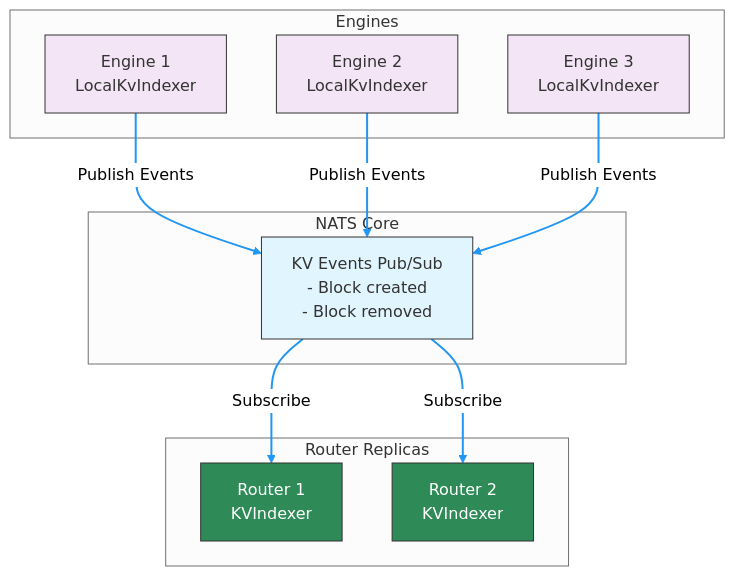
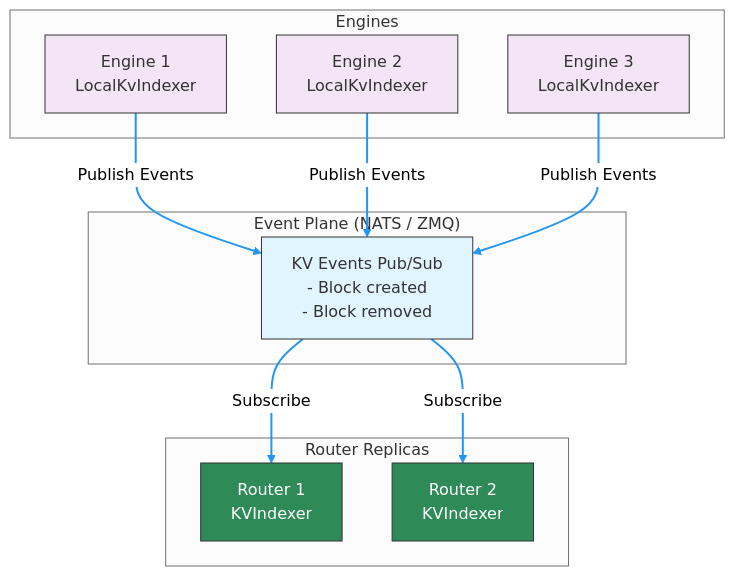
The third of 4 diagrams in docs/pages/design-docs/router-design.md (ai-dynamo/dynamo), drawn with Mermaid (neutral theme) before and after one commit. The commit also changed other lines of this file and 3 other files, not shown here.

Commit message:
docs: exorcise stale NATS references from kv event docs

````diff
--- a/docs/pages/design-docs/router-design.md
+++ b/docs/pages/design-docs/router-design.md
@@ -219,33 +219,33 @@
 ```mermaid
 graph TD
     subgraph Engines
         E1[Engine 1<br/>LocalKvIndexer]
         E2[Engine 2<br/>LocalKvIndexer]
         E3[Engine 3<br/>LocalKvIndexer]
     end
 
-    subgraph "NATS Core"
+    subgraph "Event Plane (NATS / ZMQ)"
         NC[KV Events Pub/Sub<br/>- Block created<br/>- Block removed]
     end
 
     subgraph "Router Replicas"
         R1[Router 1<br/>KVIndexer]
         R2[Router 2<br/>KVIndexer]
     end
 
     E1 -->|Publish Events| NC
     E2 -->|Publish Events| NC
     E3 -->|Publish Events| NC
 
     NC -->|Subscribe| R1
     NC -->|Subscribe| R2
 
     style NC fill:#e1f5fe,stroke:#333,color:#333
     style E1 fill:#f3e5f5,stroke:#333,color:#333
     style E2 fill:#f3e5f5,stroke:#333,color:#333
     style E3 fill:#f3e5f5,stroke:#333,color:#333
     style R1 fill:#2e8b57,stroke:#333,color:#fff
     style R2 fill:#2e8b57,stroke:#333,color:#fff
 
     linkStyle 0,1,2,3,4 stroke:#2196f3,stroke-width:2px
 ```
````
